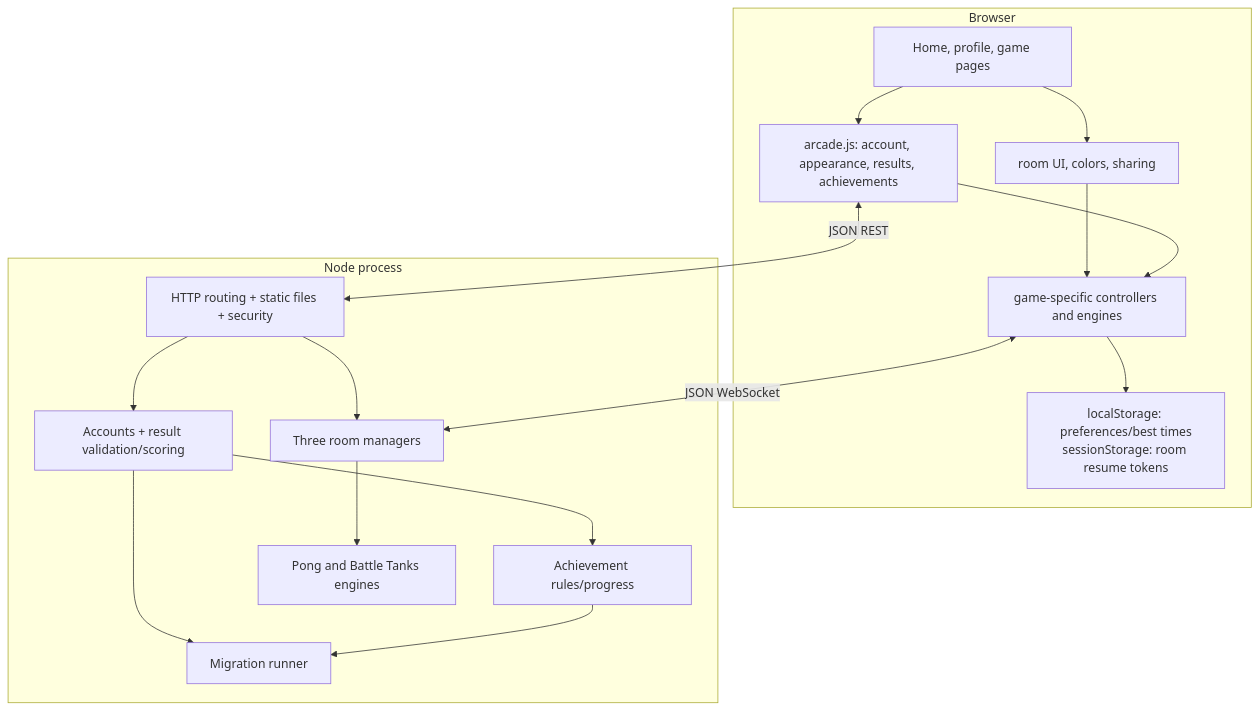
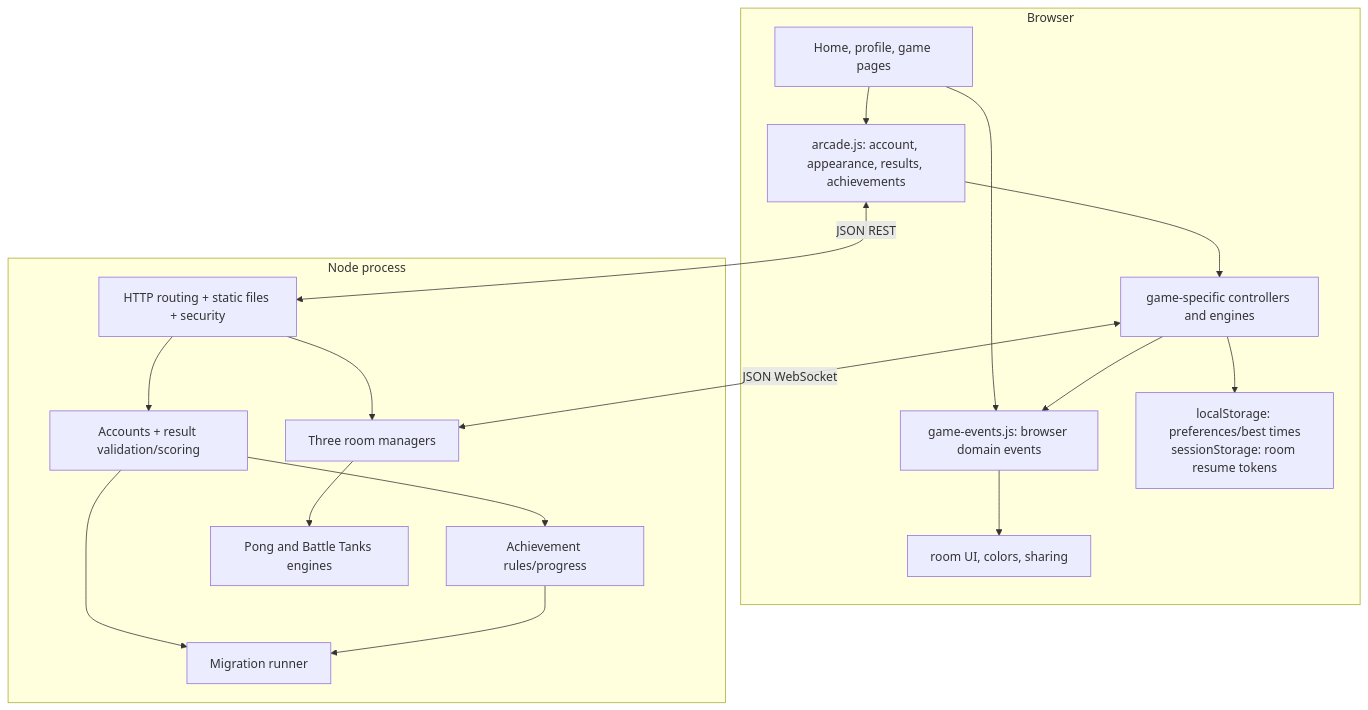
The second of 8 diagrams in docs/architecture.md (bashmohandes/Javascript), drawn with Mermaid before and after one commit. The commit also changed other lines of this file and 31 other files, not shown here.

Commit message:
Decouple game features with domain events

````diff
--- a/docs/architecture.md
+++ b/docs/architecture.md
@@ -21,28 +21,30 @@
 ```mermaid
 flowchart TB
   subgraph Browser
     Pages[Home, profile, game pages]
     Arcade[arcade.js: account, appearance, results, achievements]
+    Events[game-events.js: browser domain events]
     Shared[room UI, colors, sharing]
     Games[game-specific controllers and engines]
     Store[localStorage: preferences/best times\nsessionStorage: room resume tokens]
     Pages --> Arcade
-    Pages --> Shared --> Games
+    Pages --> Events
+    Games --> Events --> Shared
     Arcade --> Games
     Games --> Store
   end
   subgraph Node_process[Node process]
     HTTP[HTTP routing + static files + security]
     Accounts[Accounts + result validation/scoring]
     Achievements[Achievement rules/progress]
     Rooms[Three room managers]
     Engines[Pong and Battle Tanks engines]
     DB[Migration runner]
     HTTP --> Accounts --> Achievements
     HTTP --> Rooms --> Engines
     Accounts --> DB
     Achievements --> DB
   end
   Arcade <-->|JSON REST| HTTP
   Games <-->|JSON WebSocket| Rooms
 ```
````
